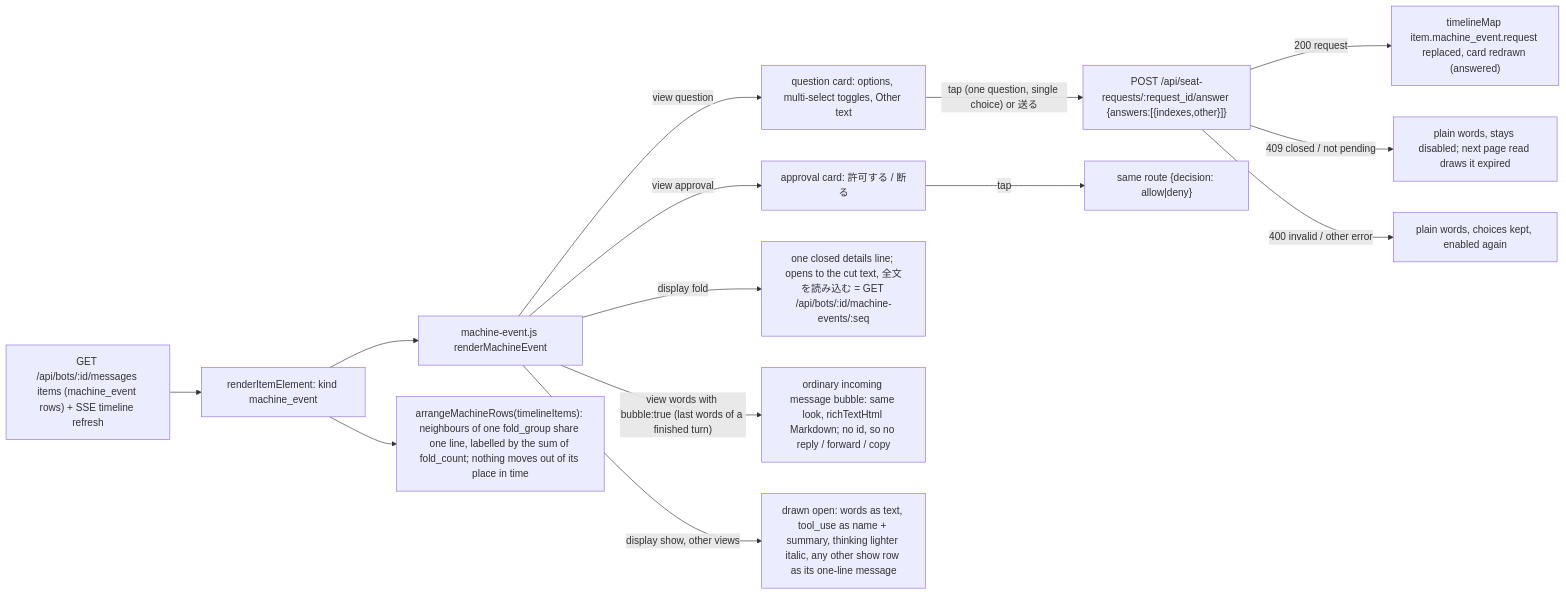
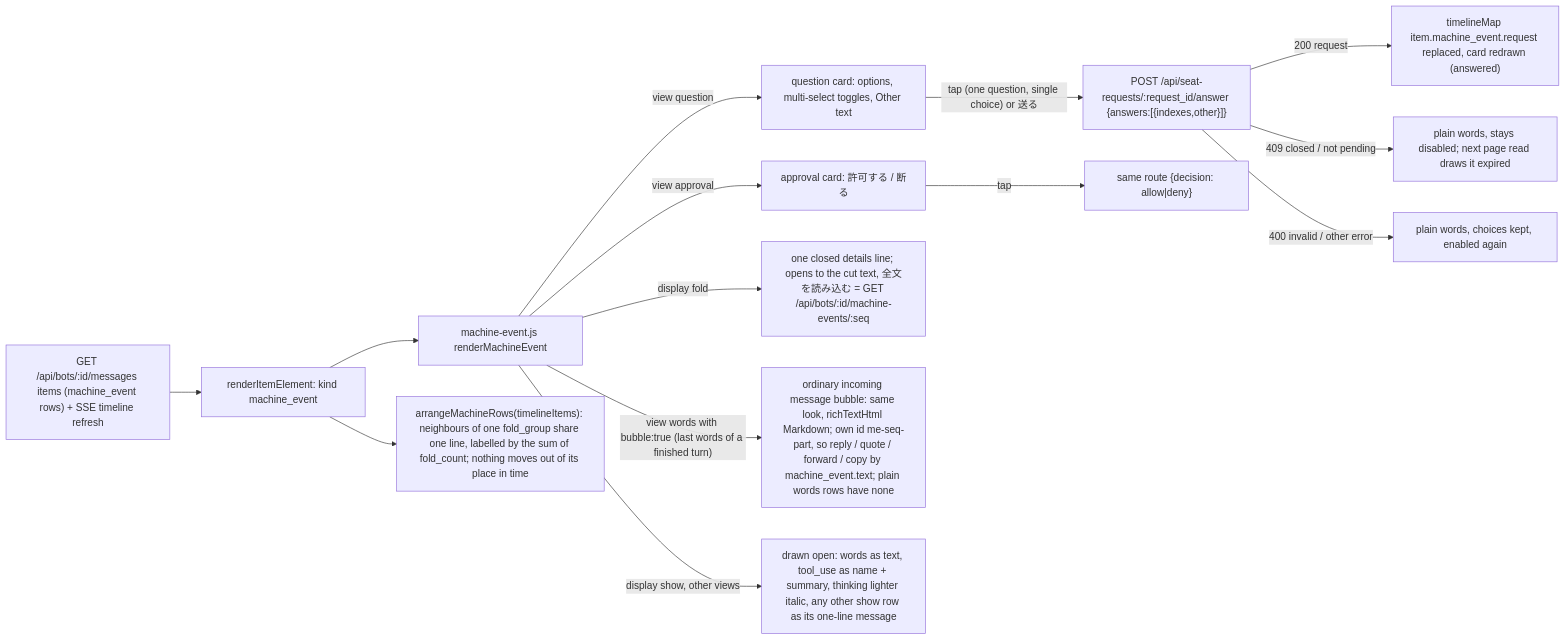
One commit to kitepon/BellTeam changed diagram 16 of 16 in docs/architecture/modules/web/conversation.md. Above: the diagram before and after it, drawn with Mermaid. The commit also changed other lines of this file and 2 other files, not shown here.

Commit message:
a471-reply-forward-web: a machine seat's bubble row gets reply, quote, forward and copy by its own id

````diff
--- a/docs/architecture/modules/web/conversation.md
+++ b/docs/architecture/modules/web/conversation.md
@@ -397,16 +397,16 @@
 ```mermaid
 flowchart LR
   Page["GET /api/bots/:id/messages items (machine_event rows) + SSE timeline refresh"] --> Item["renderItemElement: kind machine_event"]
   Item --> ME["machine-event.js renderMachineEvent"]
   ME -->|"view question"| Q["question card: options, multi-select toggles, Other text"]
   ME -->|"view approval"| A["approval card: 許可する / 断る"]
   ME -->|"display fold"| F["one closed details line; opens to the cut text, 全文を読み込む = GET /api/bots/:id/machine-events/:seq"]
-  ME -->|"view words with bubble:true (last words of a finished turn)"| B["ordinary incoming message bubble: same look, richTextHtml Markdown; no id, so no reply / forward / copy"]
+  ME -->|"view words with bubble:true (last words of a finished turn)"| B["ordinary incoming message bubble: same look, richTextHtml Markdown; own id me-seq-part, so reply / quote / forward / copy by machine_event.text; plain words rows have none"]
   ME -->|"display show, other views"| S["drawn open: words as text, tool_use as name + summary, thinking lighter italic, any other show row as its one-line message"]
   Item --> Arr["arrangeMachineRows(timelineItems): neighbours of one fold_group share one line, labelled by the sum of fold_count; nothing moves out of its place in time"]
   Q -->|"tap (one question, single choice) or 送る"| Post["POST /api/seat-requests/:request_id/answer {answers:[{indexes,other}]}"]
   A -->|"tap"| Post2["same route {decision: allow|deny}"]
   Post -->|"200 request"| Item2["timelineMap item.machine_event.request replaced, card redrawn (answered)"]
   Post -->|"409 closed / not pending"| Closed["plain words, stays disabled; next page read draws it expired"]
   Post -->|"400 invalid / other error"| Retry["plain words, choices kept, enabled again"]
 ```
````
